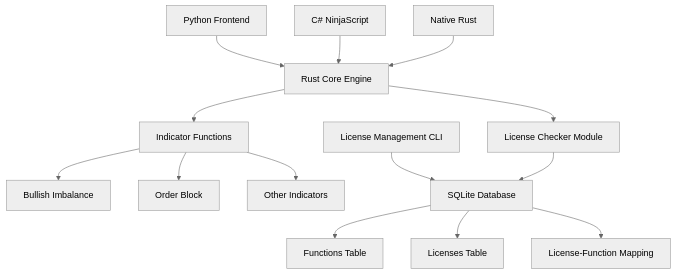
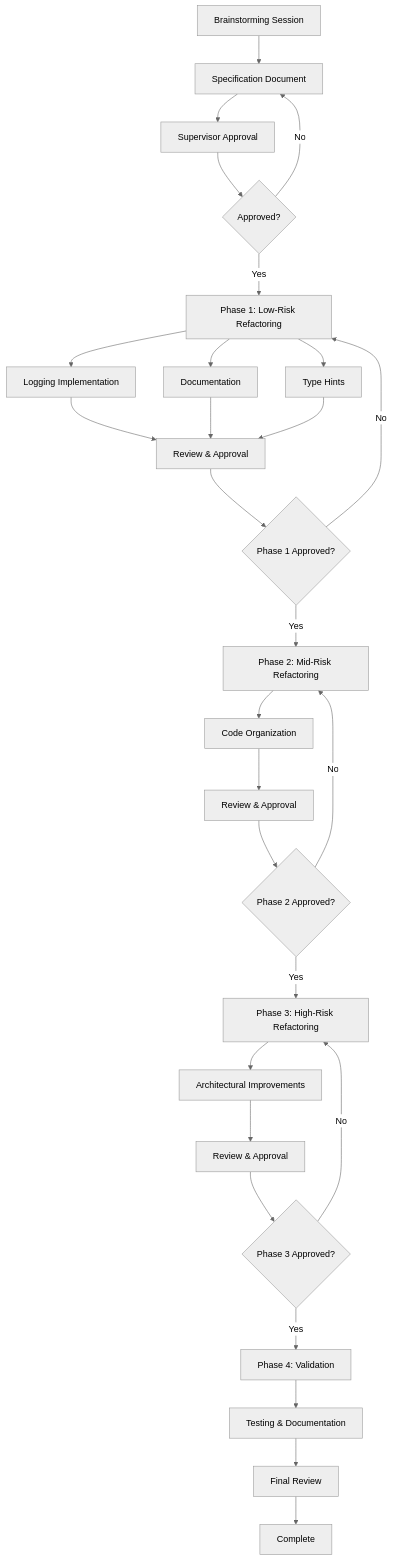
The diagram in ai-docs/2-specs/specs-1.md (axp1277/ai-dev-environment), drawn with Mermaid (neutral theme) before and after one commit. The commit also changed other lines of this file and 375 other files, not shown here.

````diff
--- a/ai-docs/2-specs/specs-1.md
+++ b/ai-docs/2-specs/specs-1.md
@@ -27,19 +192,30 @@
 ```mermaid
 graph TD
-    A[Rust Core Engine] --> B[License Checker Module]
-    A --> C[Indicator Functions]
-    C --> D[Bullish Imbalance]
-    C --> E[Order Block]
-    C --> F[Other Indicators]
-    
-    G[License Management CLI] --> H[SQLite Database]
-    H --> I[Functions Table]
-    H --> J[Licenses Table] 
-    H --> K[License-Function Mapping]
-    
-    B --> H
-    
-    L[Python Frontend] --> A
-    M[C# NinjaScript] --> A
-    N[Native Rust] --> A
+    A[Brainstorming Session] --> B[Specification Document]
+    B --> C[Supervisor Approval]
+    C --> D{Approved?}
+    D -->|No| B
+    D -->|Yes| E[Phase 1: Low-Risk Refactoring]
+    E --> F[Logging Implementation]
+    E --> G[Documentation]
+    E --> H[Type Hints]
+    F --> I[Review & Approval]
+    G --> I
+    H --> I
+    I --> J{Phase 1 Approved?}
+    J -->|No| E
+    J -->|Yes| K[Phase 2: Mid-Risk Refactoring]
+    K --> L[Code Organization]
+    L --> M[Review & Approval]
+    M --> N{Phase 2 Approved?}
+    N -->|No| K
+    N -->|Yes| O[Phase 3: High-Risk Refactoring]
+    O --> P[Architectural Improvements]
+    P --> Q[Review & Approval]
+    Q --> R{Phase 3 Approved?}
+    R -->|No| O
+    R -->|Yes| S[Phase 4: Validation]
+    S --> T[Testing & Documentation]
+    T --> U[Final Review]
+    U --> V[Complete]
 ```
````
